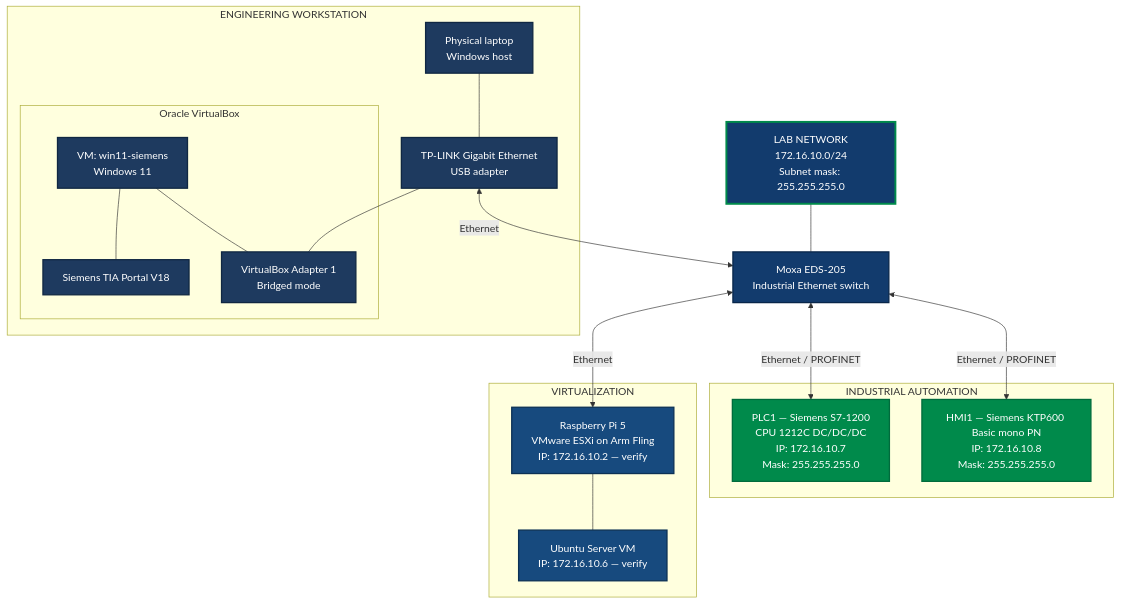
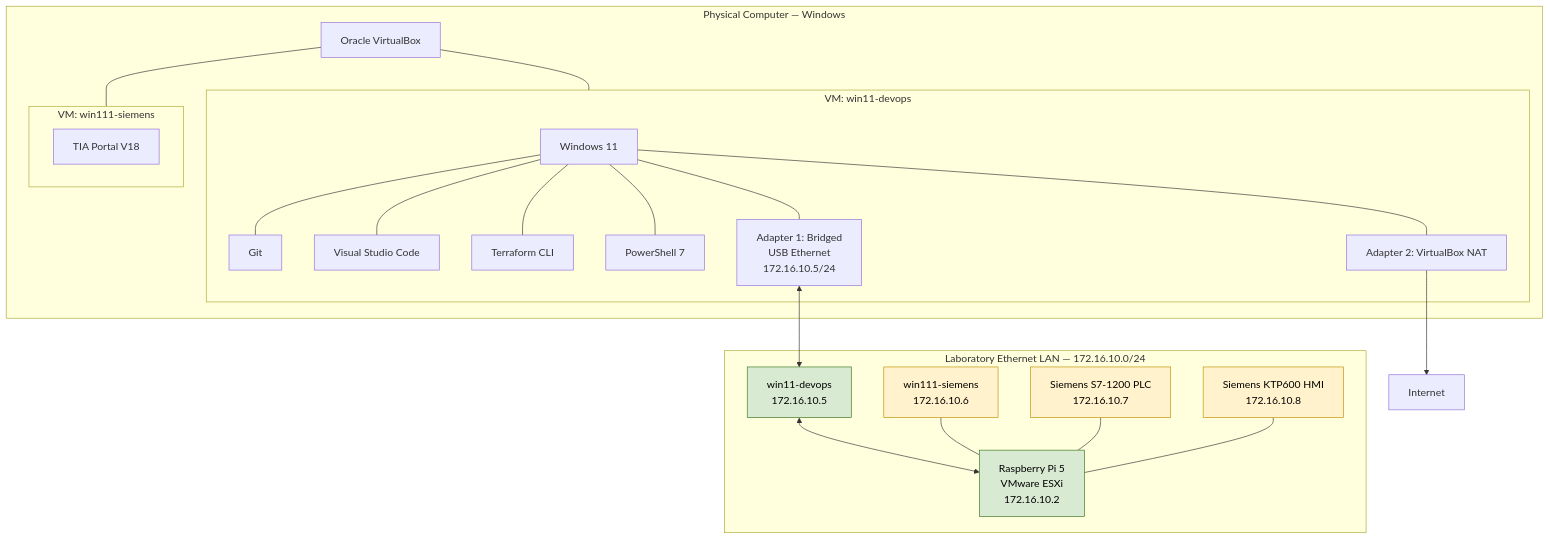
One commit to mrcgrs-j/industry-devops-lab changed the diagram in docs/02-network.md. Above: the diagram before and after it, drawn with Mermaid. The commit also changed other lines of this file, not shown here.

````diff
--- a/docs/02-network.md
+++ b/docs/02-network.md
@@ -29,49 +20,53 @@
 ```mermaid
 flowchart TB
-    NET["LAB NETWORK<br/>172.16.10.0/24<br/>Subnet mask: 255.255.255.0"]
+    subgraph HOST["Physical Computer — Windows"]
+        VB["Oracle VirtualBox"]
 
-    subgraph ENGINEERING["ENGINEERING WORKSTATION"]
-        LAP["Physical laptop<br/>Windows host"]
-        USB["TP-LINK Gigabit Ethernet<br/>USB adapter"]
-        subgraph VBOX["Oracle VirtualBox"]
-            WIN11["VM: win11-siemens<br/>Windows 11"]
-            TIA["Siemens TIA Portal V18"]
-            NIC["VirtualBox Adapter 1<br/>Bridged mode"]
-            WIN11 --- TIA
-            WIN11 --- NIC
+        subgraph DEVOPS["VM: win11-devops"]
+            OS["Windows 11"]
+            GIT["Git"]
+            VSC["Visual Studio Code"]
+            TF["Terraform CLI"]
+            PS["PowerShell 7"]
+
+            NIC1["Adapter 1: Bridged<br/>USB Ethernet<br/>172.16.10.5/24"]
+            NIC2["Adapter 2: VirtualBox NAT"]
+
+            OS --- GIT
+            OS --- VSC
+            OS --- TF
+            OS --- PS
+            OS --- NIC1
+            OS --- NIC2
         end
-        LAP --- USB
-        USB --- NIC
+
+        subgraph SIEMENS["VM: win111-siemens"]
+            TIA["TIA Portal V18"]
+        end
+
+        VB --- DEVOPS
+        VB --- SIEMENS
     end
 
-    SW["Moxa EDS-205<br/>Industrial Ethernet switch"]
+    subgraph LAN["Laboratory Ethernet LAN — 172.16.10.0/24"]
+        ESXI["Raspberry Pi 5<br/>VMware ESXi<br/>172.16.10.2"]
+        DEVOPS_IP["win11-devops<br/>172.16.10.5"]
+        SIEMENS_IP["win111-siemens<br/>172.16.10.6"]
+        PLC["Siemens S7-1200 PLC<br/>172.16.10.7"]
+        HMI["Siemens KTP600 HMI<br/>172.16.10.8"]
 
-    subgraph AUTOMATION["INDUSTRIAL AUTOMATION"]
-        PLC["PLC1 — Siemens S7-1200<br/>CPU 1212C DC/DC/DC<br/>IP: 172.16.10.7<br/>Mask: 255.255.255.0"]
-        HMI["HMI1 — Siemens KTP600 Basic mono PN<br/>IP: 172.16.10.8<br/>Mask: 255.255.255.0"]
+        DEVOPS_IP <--> ESXI
+        SIEMENS_IP --- ESXI
+        PLC --- ESXI
+        HMI --- ESXI
     end
 
-    subgraph VIRTUALIZATION["VIRTUALIZATION"]
-        ESXI["Raspberry Pi 5<br/>VMware ESXi on Arm Fling<br/>IP: 172.16.10.2 — verify"]
-        UBUNTU["Ubuntu Server VM<br/>IP: 172.16.10.6 — verify"]
-        ESXI --- UBUNTU
-    end
+    NIC1 <--> DEVOPS_IP
+    NIC2 --> INTERNET["Internet"]
 
-    NET --- SW
-    USB <-->|Ethernet| SW
-    SW <-->|Ethernet / PROFINET| PLC
-    SW <-->|Ethernet / PROFINET| HMI
-    SW <-->|Ethernet| ESXI
+    classDef verified fill:#d9ead3,stroke:#38761d,color:#000;
+    classDef reported fill:#fff2cc,stroke:#bf9000,color:#000;
 
-    classDef siemens fill:#008A4B,stroke:#006B3C,color:#FFFFFF,stroke-width:2px;
-    classDef network fill:#123B6D,stroke:#08264A,color:#FFFFFF,stroke-width:2px;
-    classDef engineering fill:#1E3A5F,stroke:#102742,color:#FFFFFF,stroke-width:2px;
-    classDef virtual fill:#174A7E,stroke:#0C3155,color:#FFFFFF,stroke-width:2px;
-    classDef subnet fill:#123B6D,stroke:#008A4B,color:#FFFFFF,stroke-width:3px;
-
-    class PLC,HMI siemens;
-    class SW network;
-    class LAP,USB,WIN11,TIA,NIC engineering;
-    class ESXI,UBUNTU virtual;
-    class NET subnet;
+    class DEVOPS_IP,ESXI verified;
+    class SIEMENS_IP,PLC,HMI reported;
 ```
````
